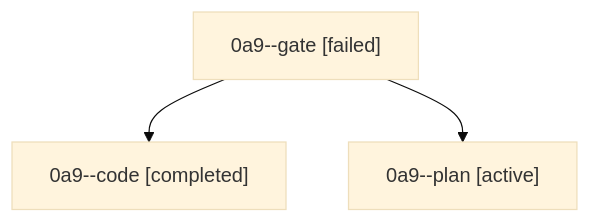
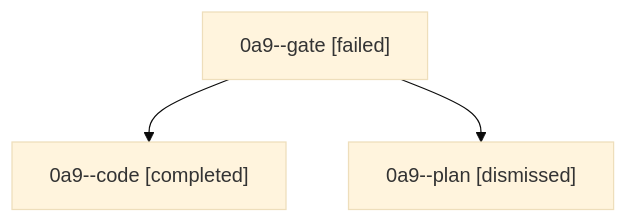
The diagram in sessions/bbugyi200.athena.0a9.md (sase-org/sase--agents), drawn with Mermaid (base theme) before and after one commit. The commit also changed other lines of this file and 28 other files, not shown here.

````diff
--- a/sessions/bbugyi200.athena.0a9.md
+++ b/sessions/bbugyi200.athena.0a9.md
@@ -9,8 +9,8 @@
 ```mermaid
 flowchart TD
   n0["0a9--gate [failed]"]
   n1["0a9--code [completed]"]
   n0 --> n1
-  n2["0a9--plan [active]"]
+  n2["0a9--plan [dismissed]"]
   n0 --> n2
 ```
````
